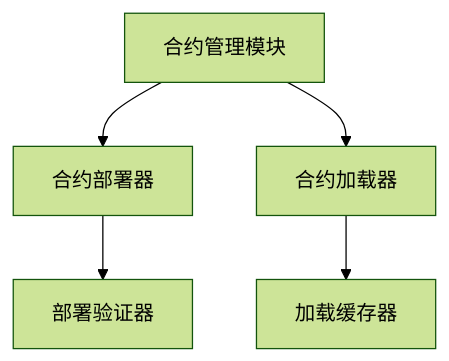
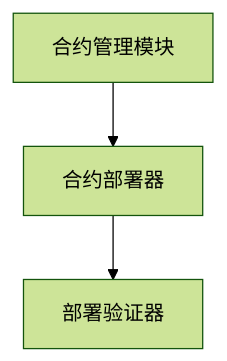
The first of 7 diagrams in docs/detailed_design/contract_manager_detailed_design.md (lengzhao/vm), drawn with Mermaid (forest theme) before and after one commit. The commit also changed other lines of this file and 12 other files, not shown here.

````diff
--- a/docs/detailed_design/contract_manager_detailed_design.md
+++ b/docs/detailed_design/contract_manager_detailed_design.md
@@ -24,7 +24,5 @@
 ```mermaid
 graph TD
 A[合约管理模块] --> B[合约部署器]
-A --> C[合约加载器]
-B --> D[部署验证器]
-C --> E[加载缓存器]
+B --> C[部署验证器]
 ```
````
